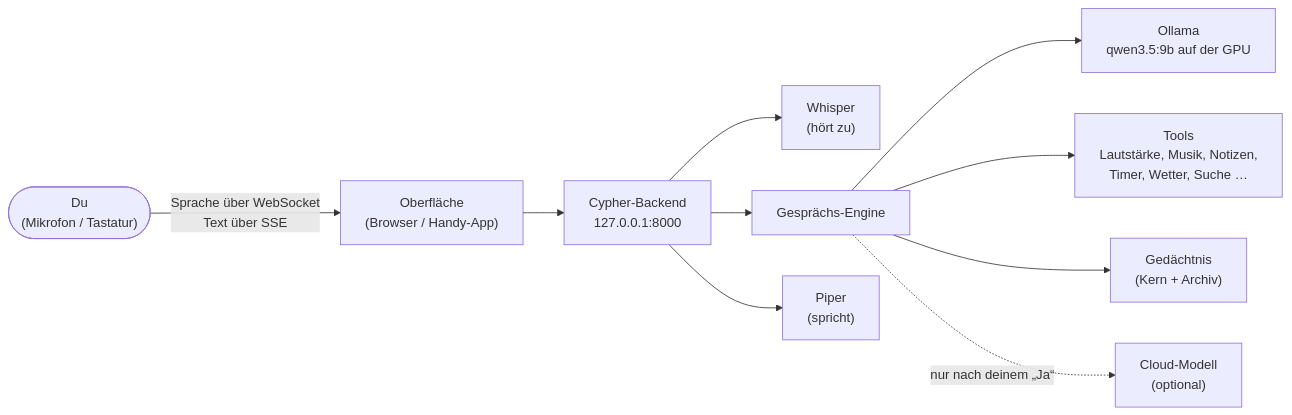
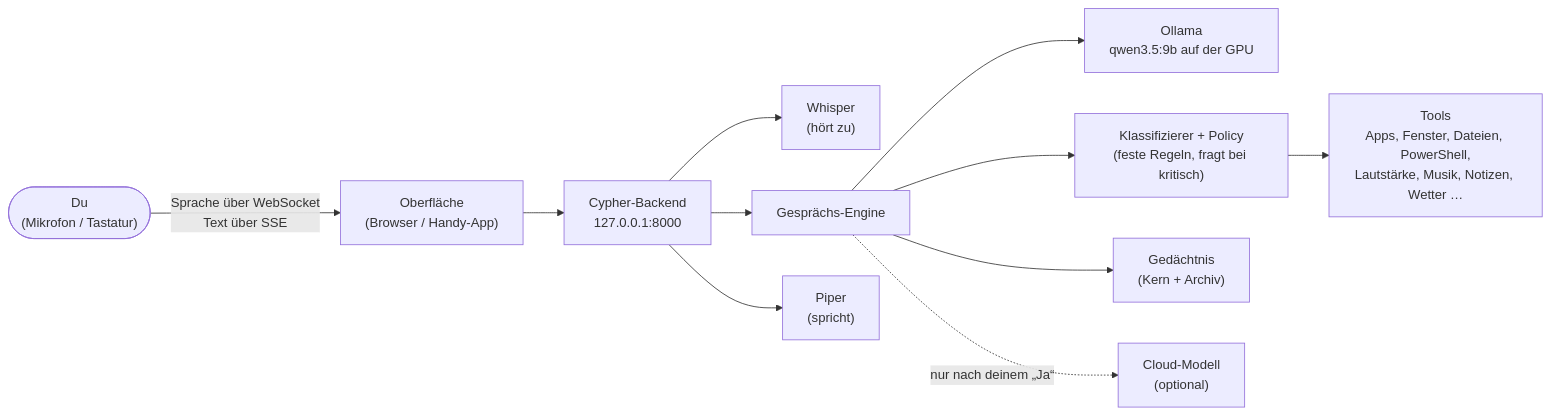
One commit to peppigminze/Cypher changed the diagram in README.md. Above: the diagram before and after it, drawn with Mermaid. The commit also changed other lines of this file and 6 other files, not shown here.

````diff
--- a/README.md
+++ b/README.md
@@ -5,12 +5,13 @@
 ```mermaid
 flowchart LR
     Du(["Du<br/>(Mikrofon / Tastatur)"]) -- "Sprache über WebSocket<br/>Text über SSE" --> UI["Oberfläche<br/>(Browser / Handy-App)"]
     UI --> Backend["Cypher-Backend<br/>127.0.0.1:8000"]
     Backend --> STT["Whisper<br/>(hört zu)"]
     Backend --> Engine["Gesprächs-Engine"]
     Engine --> LLM["Ollama<br/>qwen3.5:9b auf der GPU"]
-    Engine --> Tools["Tools<br/>Lautstärke, Musik, Notizen,<br/>Timer, Wetter, Suche …"]
+    Engine --> Guard["Klassifizierer + Policy<br/>(feste Regeln, fragt bei kritisch)"]
+    Guard --> Tools["Tools<br/>Apps, Fenster, Dateien, PowerShell,<br/>Lautstärke, Musik, Notizen, Wetter …"]
     Engine --> Mem["Gedächtnis<br/>(Kern + Archiv)"]
     Engine -. "nur nach deinem „Ja“" .-> Cloud["Cloud-Modell<br/>(optional)"]
     Backend --> TTS["Piper<br/>(spricht)"]
 ```
````
